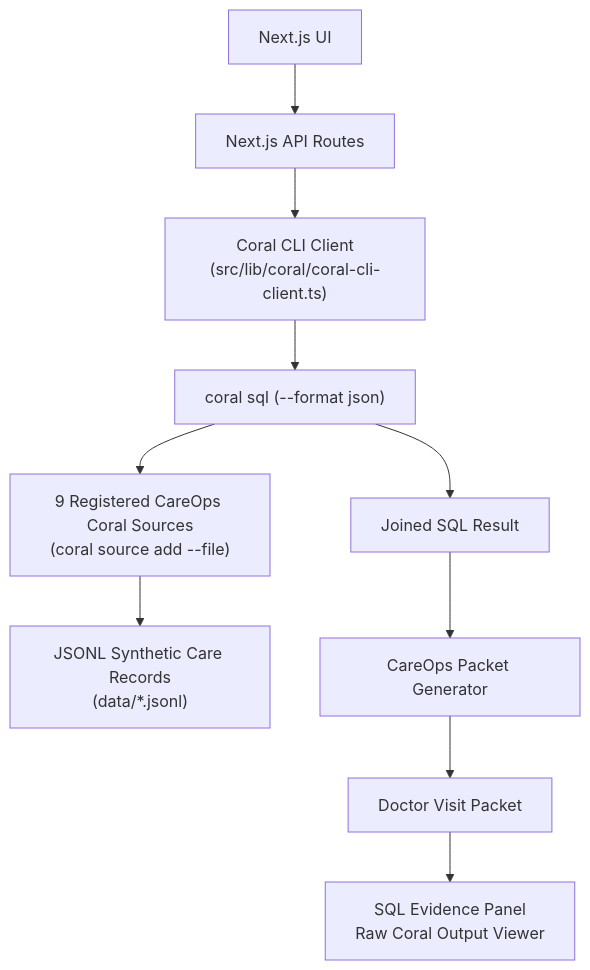
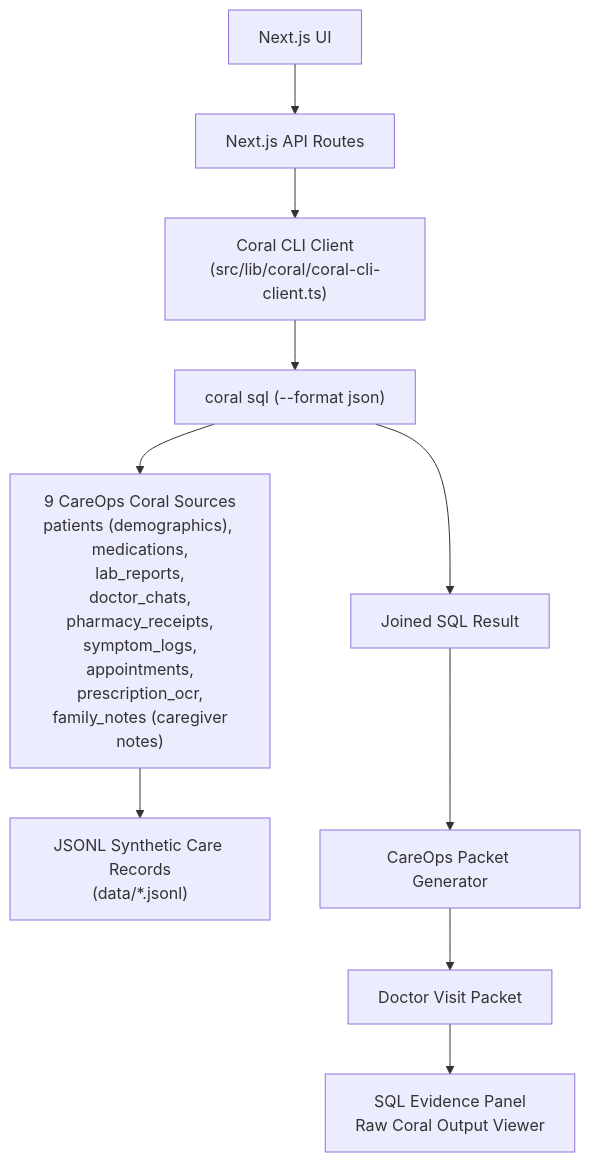
One commit to FiscalMindset/careops changed the first of 4 diagrams in docs/ARCHITECTURE.md. Above: the diagram before and after it, drawn with Mermaid. The commit also changed 5 other files, not shown here.

Commit message:
fix: move architecture flow to about page, fix analytics data loading, add data tab

````diff
--- a/docs/ARCHITECTURE.md
+++ b/docs/ARCHITECTURE.md
@@ -9,12 +9,12 @@
 ```mermaid
 flowchart TD
     UI["Next.js UI"] --> API["Next.js API Routes"]
     API --> Client["Coral CLI Client\n(src/lib/coral/coral-cli-client.ts)"]
     Client --> CLI["coral sql (--format json)"]
-    CLI --> Sources["9 Registered CareOps Coral Sources\n(coral source add --file)"]
+    CLI --> Sources["9 CareOps Coral Sources\npatients (demographics), medications,\n lab_reports, doctor_chats,\n pharmacy_receipts, symptom_logs,\n appointments, prescription_ocr,\n family_notes (caregiver notes)"]
     Sources --> JSONL["JSONL Synthetic Care Records\n(data/*.jsonl)"]
     CLI --> Result["Joined SQL Result"]
     Result --> Agent["CareOps Packet Generator"]
     Agent --> Packet["Doctor Visit Packet"]
     Packet --> Evidence["SQL Evidence Panel\nRaw Coral Output Viewer"]
 ```
````
